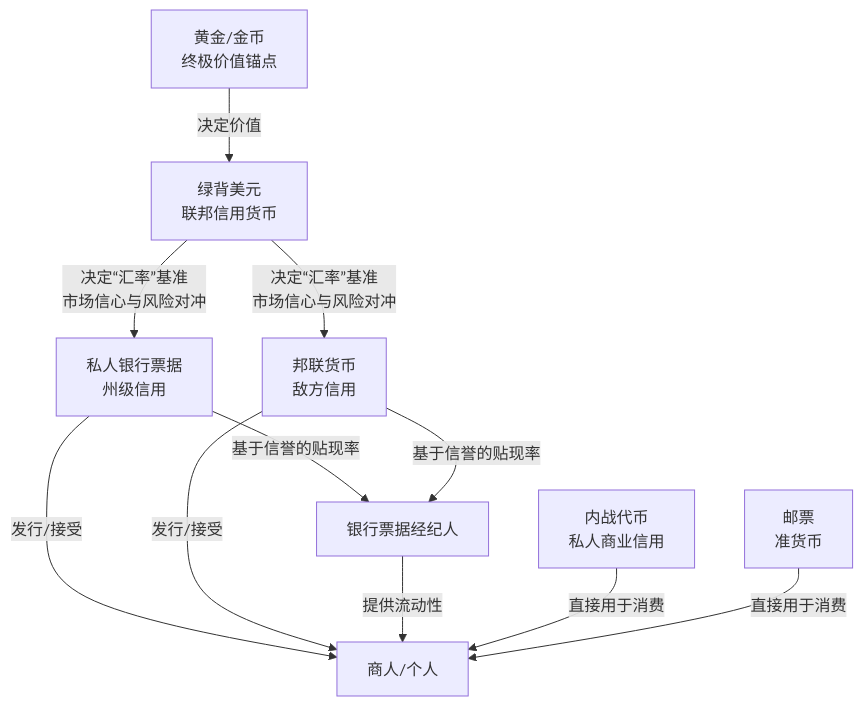
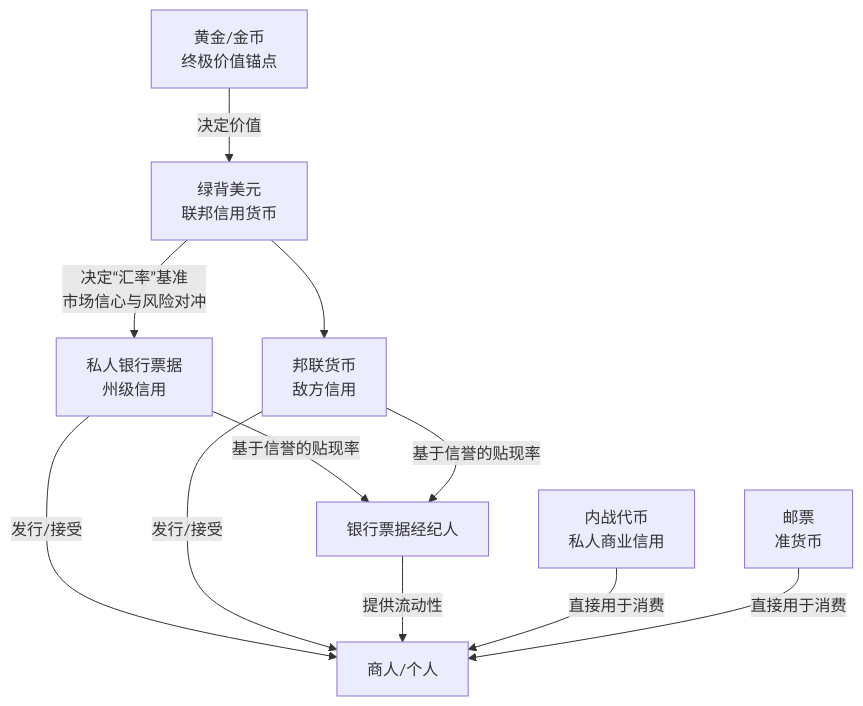
The diagram in mmd/123_7c5ae2a9-e27e-404d-9ffb-02c37eb14485.mmd (pingpm/mermaid_vault), drawn with Mermaid before and after one commit. The commit also changed 3 other files, not shown here.

Commit message:
Sync Mermaid Studio data (23 diagrams)

```diff
--- a/mmd/123_7c5ae2a9-e27e-404d-9ffb-02c37eb14485.mmd
+++ b/mmd/123_7c5ae2a9-e27e-404d-9ffb-02c37eb14485.mmd
@@ -1,19 +1,19 @@
 flowchart TD
   n_0["黄金/金币<br>终极价值锚点"]
   n_1["绿背美元<br>联邦信用货币"]
   n_2["私人银行票据<br>州级信用"]
   n_3["邦联货币<br>敌方信用"]
   n_4["商人/个人"]
   n_5["银行票据经纪人"]
   n_6["内战代币<br>私人商业信用"]
   n_7["邮票<br>准货币"]
   n_0 -->|"决定价值"| n_1
   n_1 -->|"决定“汇率”基准<br>市场信心与风险对冲"| n_2
-  n_1 -->|"决定“汇率”基准<br>市场信心与风险对冲"| n_3
   n_2 -->|"发行/接受"| n_4
   n_3 -->|"发行/接受"| n_4
   n_2 -->|"基于信誉的贴现率"| n_5
   n_3 -->|"基于信誉的贴现率"| n_5
   n_5 -->|"提供流动性"| n_4
   n_6 -->|"直接用于消费"| n_4
   n_7 -->|"直接用于消费"| n_4
+  n_1 --> n_3
```
